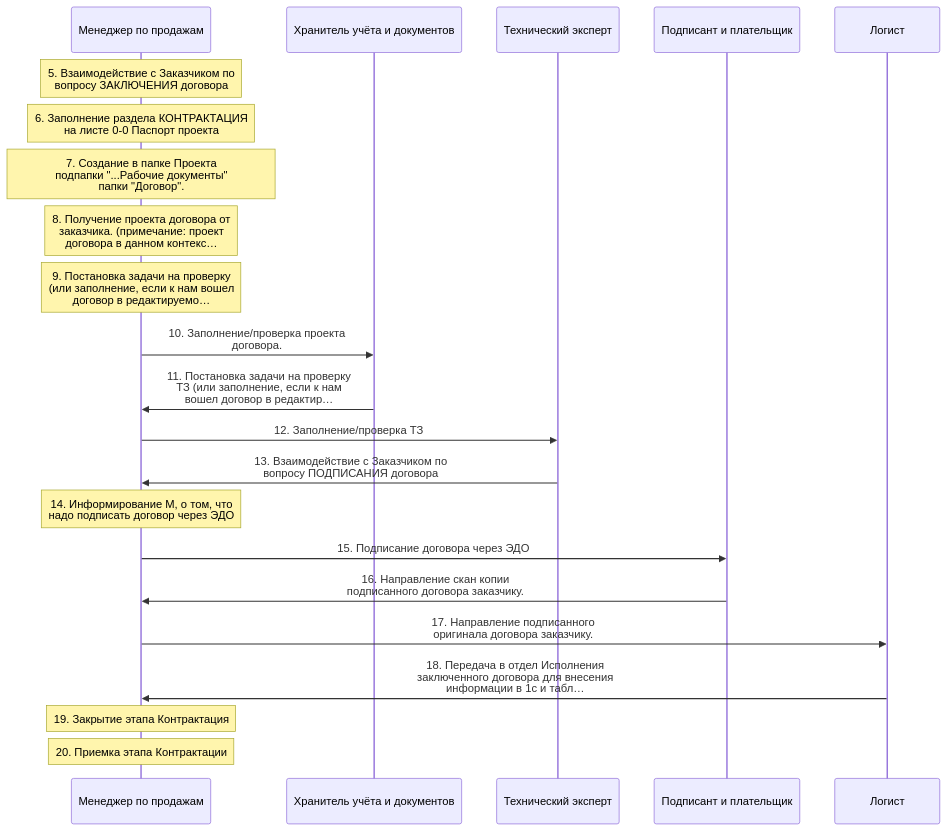
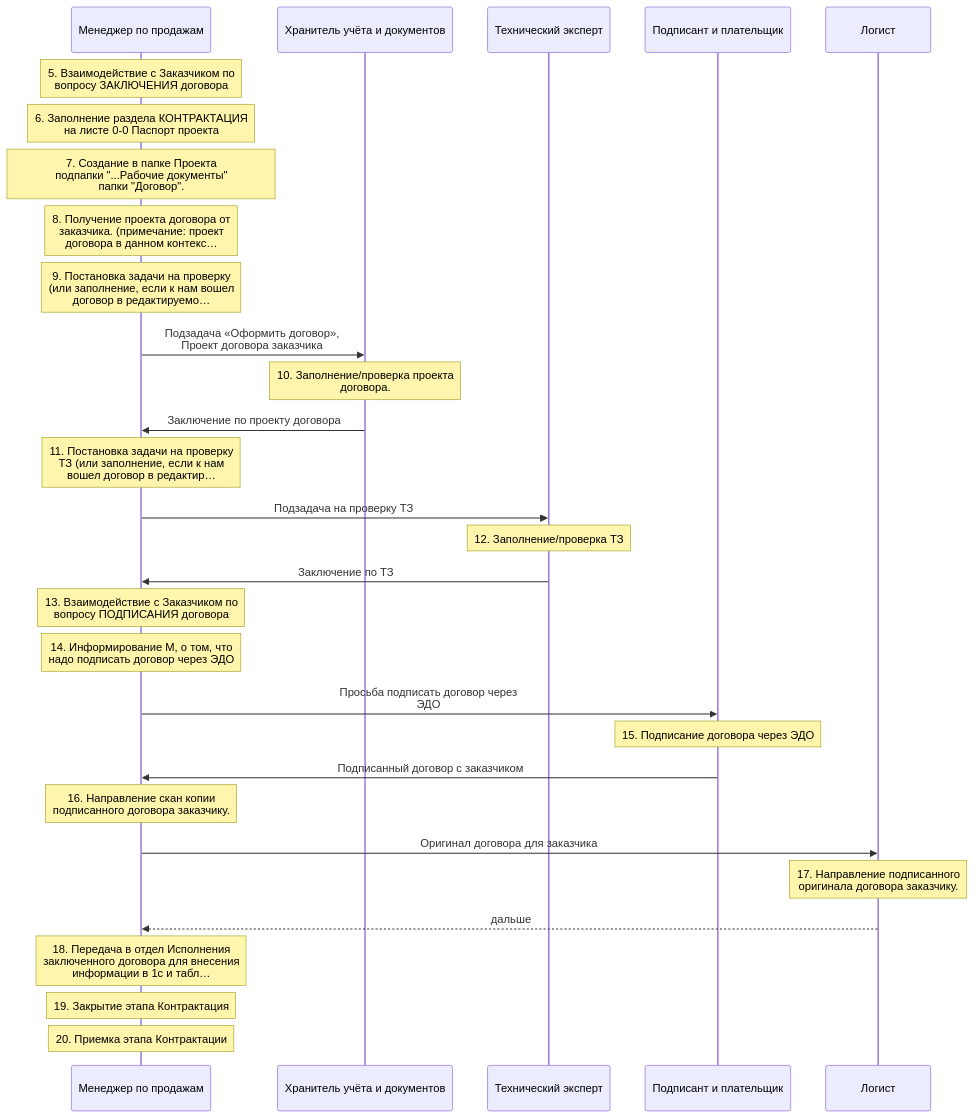
Before and after one commit to vlad78831457/orb-work: the first of 5 diagrams in inst/md-out/pro/r02-kontraktatsiya/index.md, drawn with Mermaid. The commit also changed other lines of this file and 86 other files, not shown here.

````diff
--- a/inst/md-out/pro/r02-kontraktatsiya/index.md
+++ b/inst/md-out/pro/r02-kontraktatsiya/index.md
@@ -14,24 +14,32 @@
 ```mermaid
 sequenceDiagram
   participant r_prodazhi as Менеджер по продажам
   participant r_khranitel as Хранитель учёта и документов
   participant r_tekh as Технический эксперт
   participant r_podpisant as Подписант и плательщик
   participant r_logist as Логист
   Note over r_prodazhi: 5. Взаимодействие с Заказчиком по<br/>вопросу ЗАКЛЮЧЕНИЯ договора
   Note over r_prodazhi: 6. Заполнение раздела КОНТРАКТАЦИЯ<br/>на листе 0-0 Паспорт проекта
   Note over r_prodazhi: 7. Создание в папке Проекта<br/>подпапки #quot;...Рабочие документы#quot;<br/>папки #quot;Договор#quot;.
   Note over r_prodazhi: 8. Получение проекта договора от<br/>заказчика. (примечание: проект<br/>договора в данном контекс…
   Note over r_prodazhi: 9. Постановка задачи на проверку<br/>(или заполнение, если к нам вошел<br/>договор в редактируемо…
-  r_prodazhi->>r_khranitel: 10. Заполнение/проверка проекта<br/>договора.
-  r_khranitel->>r_prodazhi: 11. Постановка задачи на проверку<br/>ТЗ (или заполнение, если к нам<br/>вошел договор в редактир…
-  r_prodazhi->>r_tekh: 12. Заполнение/проверка ТЗ
-  r_tekh->>r_prodazhi: 13. Взаимодействие с Заказчиком по<br/>вопросу ПОДПИСАНИЯ договора
+  r_prodazhi->>r_khranitel: Подзадача «Оформить договор»,<br/>Проект договора заказчика
+  Note over r_khranitel: 10. Заполнение/проверка проекта<br/>договора.
+  r_khranitel->>r_prodazhi: Заключение по проекту договора
+  Note over r_prodazhi: 11. Постановка задачи на проверку<br/>ТЗ (или заполнение, если к нам<br/>вошел договор в редактир…
+  r_prodazhi->>r_tekh: Подзадача на проверку ТЗ
+  Note over r_tekh: 12. Заполнение/проверка ТЗ
+  r_tekh->>r_prodazhi: Заключение по ТЗ
+  Note over r_prodazhi: 13. Взаимодействие с Заказчиком по<br/>вопросу ПОДПИСАНИЯ договора
   Note over r_prodazhi: 14. Информирование M, о том, что<br/>надо подписать договор через ЭДО
-  r_prodazhi->>r_podpisant: 15. Подписание договора через ЭДО
-  r_podpisant->>r_prodazhi: 16. Направление скан копии<br/>подписанного договора заказчику.
-  r_prodazhi->>r_logist: 17. Направление подписанного<br/>оригинала договора заказчику.
-  r_logist->>r_prodazhi: 18. Передача в отдел Исполнения<br/>заключенного договора для внесения<br/>информации в 1с и табл…
+  r_prodazhi->>r_podpisant: Просьба подписать договор через<br/>ЭДО
+  Note over r_podpisant: 15. Подписание договора через ЭДО
+  r_podpisant->>r_prodazhi: Подписанный договор с заказчиком
+  Note over r_prodazhi: 16. Направление скан копии<br/>подписанного договора заказчику.
+  r_prodazhi->>r_logist: Оригинал договора для заказчика
+  Note over r_logist: 17. Направление подписанного<br/>оригинала договора заказчику.
+  r_logist-->>r_prodazhi: дальше
+  Note over r_prodazhi: 18. Передача в отдел Исполнения<br/>заключенного договора для внесения<br/>информации в 1с и табл…
   Note over r_prodazhi: 19. Закрытие этапа Контрактация
   Note over r_prodazhi: 20. Приемка этапа Контрактации
 ```
````
